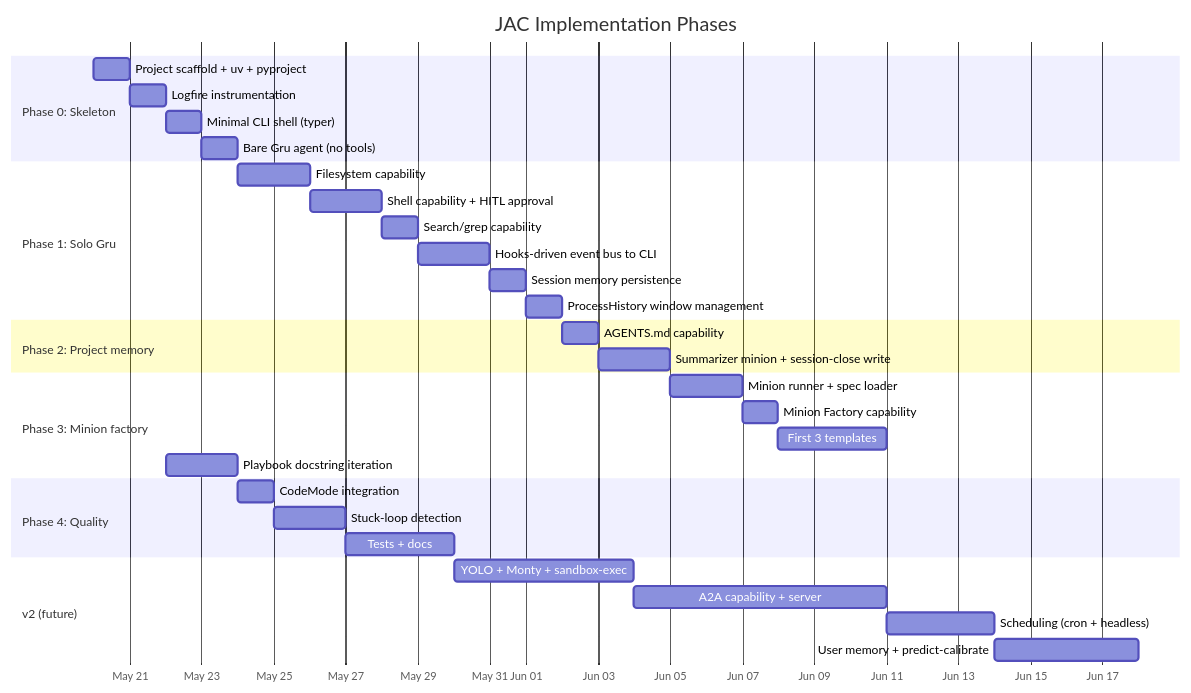
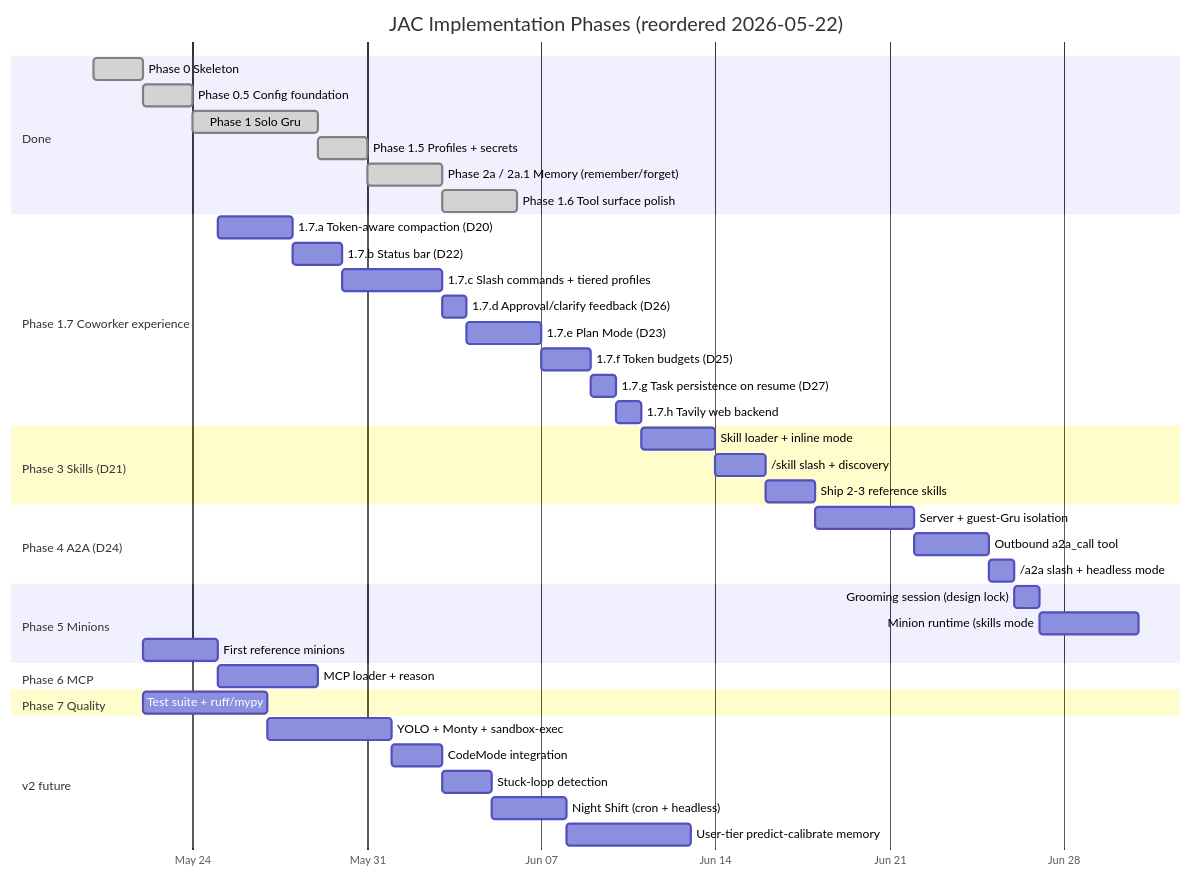
One commit to VENKATESHWARAN-R/JAC changed the eighth of 8 diagrams in docs/architecture.md. Above: the diagram before and after it, drawn with Mermaid. The commit also changed other lines of this file and 8 other files, not shown here.

````diff
--- a/docs/architecture.md
+++ b/docs/architecture.md
@@ -422,41 +442,52 @@
 ```mermaid
 gantt
-    title JAC Implementation Phases
+    title JAC Implementation Phases (reordered 2026-05-22)
     dateFormat YYYY-MM-DD
     axisFormat %b %d
 
-    section Phase 0: Skeleton
-    Project scaffold + uv + pyproject       :p0a, 2026-05-20, 1d
-    Logfire instrumentation                 :p0b, after p0a, 1d
-    Minimal CLI shell (typer)               :p0c, after p0b, 1d
-    Bare Gru agent (no tools)               :p0d, after p0c, 1d
+    section Done
+    Phase 0  Skeleton                       :done, p0,  2026-05-20, 2d
+    Phase 0.5 Config foundation             :done, p05, after p0, 2d
+    Phase 1  Solo Gru                       :done, p1,  after p05, 5d
+    Phase 1.5 Profiles + secrets            :done, p15, after p1, 2d
+    Phase 2a / 2a.1 Memory (remember/forget):done, p2a, after p15, 3d
+    Phase 1.6 Tool surface polish           :done, p16, after p2a, 3d
 
-    section Phase 1: Solo Gru
-    Filesystem capability                   :p1a, after p0d, 2d
-    Shell capability + HITL approval        :p1b, after p1a, 2d
-    Search/grep capability                  :p1c, after p1b, 1d
-    Hooks-driven event bus to CLI           :p1d, after p1c, 2d
-    Session memory persistence              :p1e, after p1d, 1d
-    ProcessHistory window management        :p1f, after p1e, 1d
+    section Phase 1.7 Coworker experience
+    1.7.a Token-aware compaction (D20)      :p17a, 2026-05-25, 3d
+    1.7.b Status bar (D22)                  :p17b, after p17a, 2d
+    1.7.c Slash commands + tiered profiles  :p17c, after p17b, 4d
+    1.7.d Approval/clarify feedback (D26)   :p17d, after p17c, 1d
+    1.7.e Plan Mode (D23)                   :p17e, after p17d, 3d
+    1.7.f Token budgets (D25)               :p17f, after p17e, 2d
+    1.7.g Task persistence on resume (D27)  :p17g, after p17f, 1d
+    1.7.h Tavily web backend                :p17h, after p17g, 1d
 
-    section Phase 2: Project memory
-    AGENTS.md capability                   :p2a, after p1f, 1d
-    Summarizer minion + session-close write :p2b, after p2a, 2d
+    section Phase 3 Skills (D21)
+    Skill loader + inline mode              :p3a, after p17h, 3d
+    /skill slash + discovery                :p3b, after p3a, 2d
+    Ship 2-3 reference skills               :p3c, after p3b, 2d
 
-    section Phase 3: Minion factory
-    Minion runner + spec loader             :p3a, after p2b, 2d
-    Minion Factory capability               :p3b, after p3a, 1d
-    First 3 templates: researcher/builder/reviewer :p3c, after p3b, 3d
-    Playbook docstring iteration            :p3d, after p3c, 2d
+    section Phase 4 A2A (D24)
+    Server + guest-Gru isolation            :p4a, after p3c, 4d
+    Outbound a2a_call tool                  :p4b, after p4a, 3d
+    /a2a slash + headless mode              :p4c, after p4b, 1d
 
-    section Phase 4: Quality
-    CodeMode integration                    :p4a, after p3d, 1d
-    Stuck-loop detection                    :p4b, after p4a, 2d
-    Tests + docs                            :p4c, after p4b, 3d
+    section Phase 5 Minions
+    Grooming session (design lock)          :p5a, after p4c, 1d
+    Minion runtime (skills mode:minion)     :p5b, after p5a, 4d
+    First reference minions                 :p5c, after p5b, 3d
 
-    section v2 (future)
-    YOLO + Monty + sandbox-exec             :v2a, after p4c, 5d
-    A2A capability + server                 :v2b, after v2a, 7d
-    Scheduling (cron + headless)            :v2c, after v2b, 3d
-    User memory + predict-calibrate         :v2d, after v2c, 4d
+    section Phase 6 MCP
+    MCP loader + reason: tension call       :p6,  after p5c, 4d
+
+    section Phase 7 Quality
+    Test suite + ruff/mypy                  :p7,  after p6, 5d
+
+    section v2 future
+    YOLO + Monty + sandbox-exec             :v2a, after p7, 5d
+    CodeMode integration                    :v2b, after v2a, 2d
+    Stuck-loop detection                    :v2c, after v2b, 2d
+    Night Shift (cron + headless)           :v2d, after v2c, 3d
+    User-tier predict-calibrate memory      :v2e, after v2d, 5d
 ```
````
